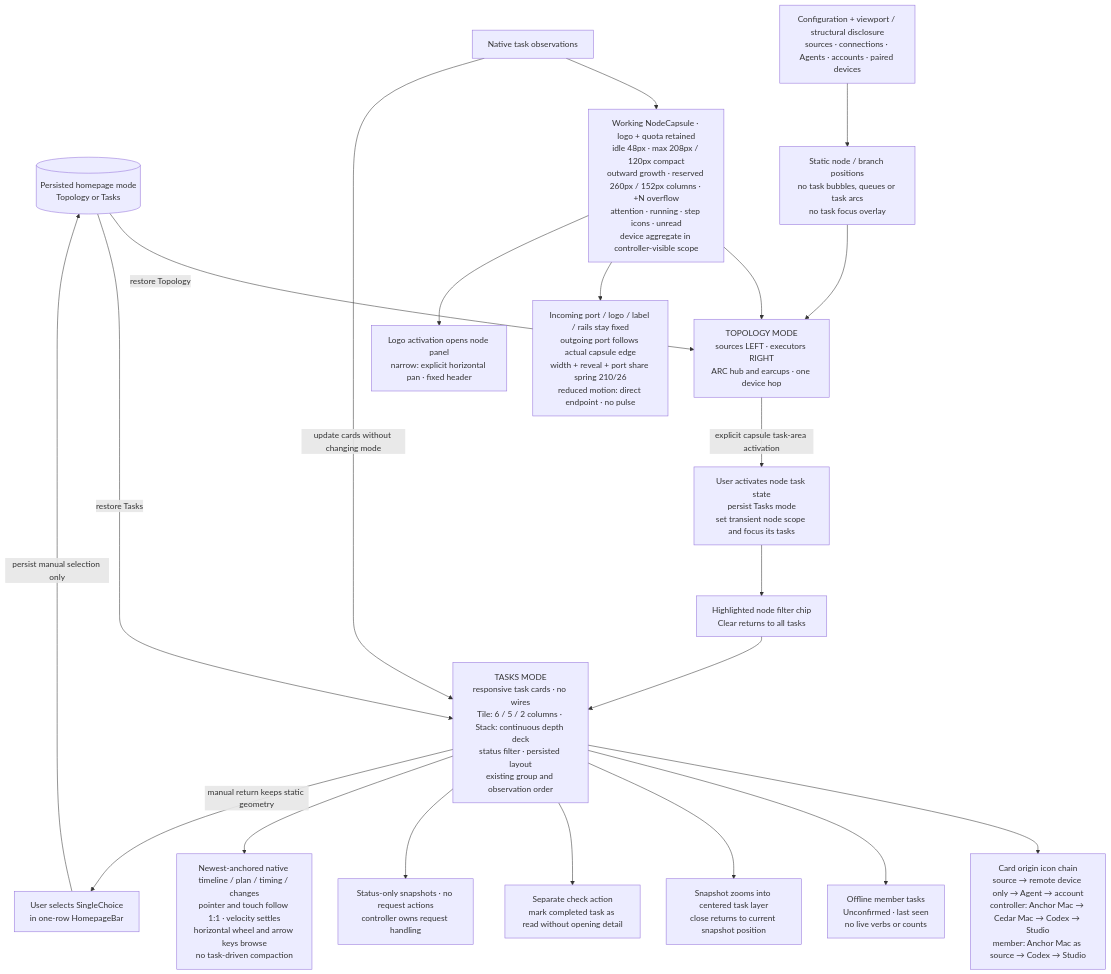
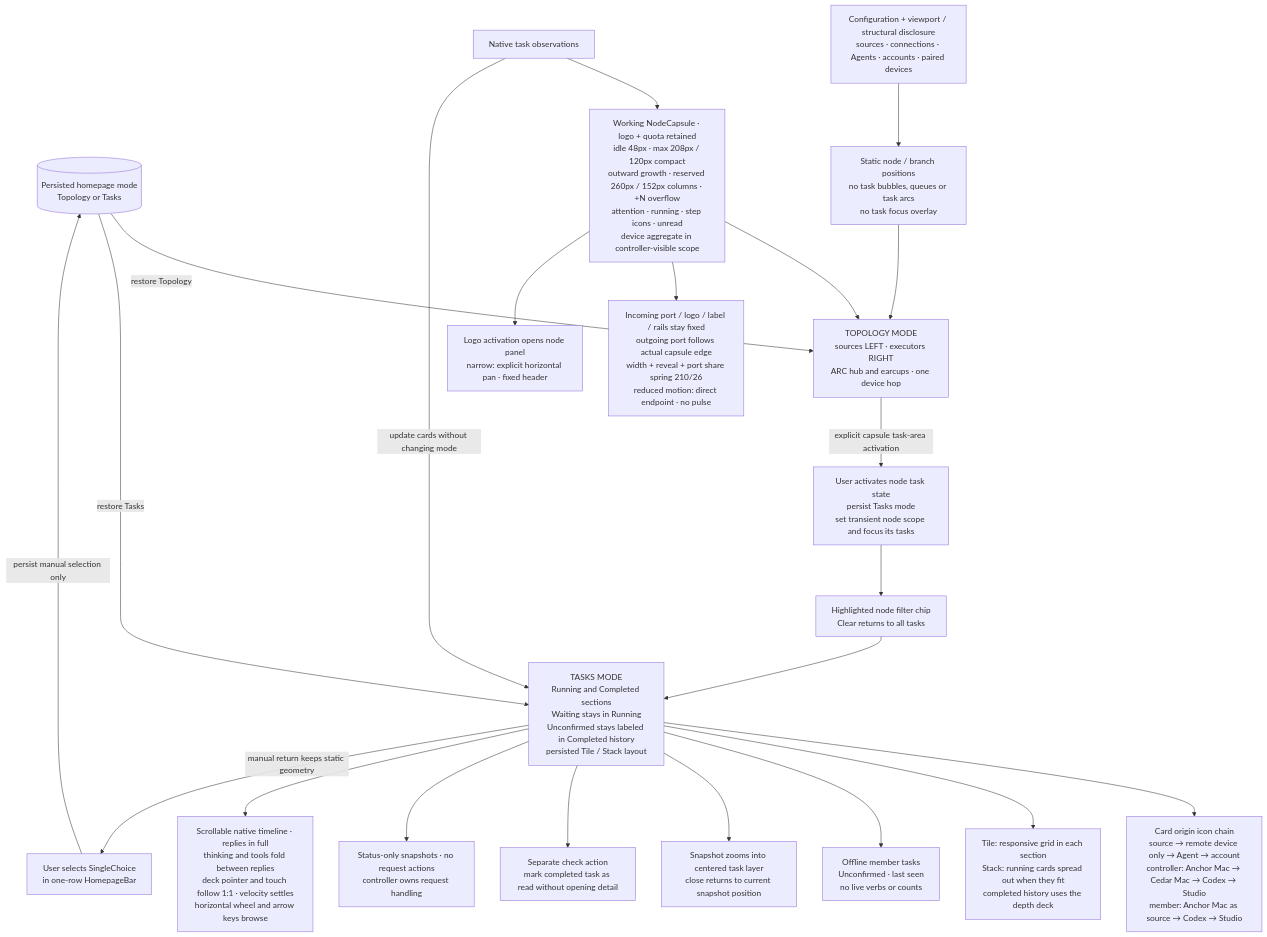
One commit to whzxc/agent-remote-control changed the diagram in arch/mechanisms/homepage-modes.mmd. Above: the diagram before and after it, drawn with Mermaid. The commit also changed 28 other files, not shown here.

Commit message:
fix(tasks): show native tool input and group task previews

```diff
--- a/arch/mechanisms/homepage-modes.mmd
+++ b/arch/mechanisms/homepage-modes.mmd
@@ -1,37 +1,39 @@
 %% Homepage modes (layer 2): static topology and task presentation are independent projections.
 %% Index and code mapping: docs/dev/arch-assets.md
 flowchart TB
   preference[("Persisted homepage mode<br/>Topology or Tasks")]
   switch["User selects SingleChoice<br/>in one-row HomepageBar"]
   topology["TOPOLOGY MODE<br/>sources LEFT · executors RIGHT<br/>ARC hub and earcups · one device hop"]
   config["Configuration + viewport / structural disclosure<br/>sources · connections · Agents · accounts · paired devices"]
   positions["Static node / branch positions<br/>no task bubbles, queues or task arcs<br/>no task focus overlay"]
   observations["Native task observations"]
   badges["Working NodeCapsule · logo + quota retained<br/>idle 48px · max 208px / 120px compact<br/>outward growth · reserved 260px / 152px columns · +N overflow<br/>attention · running · step icons · unread<br/>device aggregate in controller-visible scope"]
   ports["Incoming port / logo / label / rails stay fixed<br/>outgoing port follows actual capsule edge<br/>width + reveal + port share spring 210/26<br/>reduced motion: direct endpoint · no pulse"]
   panel["Logo activation opens node panel<br/>narrow: explicit horizontal pan · fixed header"]
   jump["User activates node task state<br/>persist Tasks mode<br/>set transient node scope and focus its tasks"]
-  tasks["TASKS MODE<br/>responsive task cards · no wires<br/>Tile: 6 / 5 / 2 columns · Stack: continuous depth deck<br/>status filter · persisted layout<br/>existing group and observation order"]
+  tasks["TASKS MODE<br/>Running and Completed sections<br/>Waiting stays in Running<br/>Unconfirmed stays labeled in Completed history<br/>persisted Tile / Stack layout"]
+  layout["Tile: responsive grid in each section<br/>Stack: running cards spread out when they fit<br/>completed history uses the depth deck"]
   chain["Card origin icon chain<br/>source → remote device only → Agent → account<br/>controller: Anchor Mac → Cedar Mac → Codex → Studio<br/>member: Anchor Mac as source → Codex → Studio"]
   offline["Offline member tasks<br/>Unconfirmed · last seen<br/>no live verbs or counts"]
   filter["Highlighted node filter chip<br/>Clear returns to all tasks"]
   details["Snapshot zooms into centered task layer<br/>close returns to current snapshot position"]
   read["Separate check action<br/>mark completed task as read without opening detail"]
   order["Status-only snapshots · no request actions<br/>controller owns request handling"]
-  overflow["Newest-anchored native timeline / plan / timing / changes<br/>pointer and touch follow 1:1 · velocity settles<br/>horizontal wheel and arrow keys browse<br/>no task-driven compaction"]
+  overflow["Scrollable native timeline · replies in full<br/>thinking and tools fold between replies<br/>deck pointer and touch follow 1:1 · velocity settles<br/>horizontal wheel and arrow keys browse"]
   switch -->|"persist manual selection only"| preference
   preference -->|"restore Topology"| topology
   preference -->|"restore Tasks"| tasks
   config --> positions --> topology
   observations --> badges --> topology
   badges --> ports
   badges --> panel
   observations -->|"update cards without changing mode"| tasks
   topology -->|"explicit capsule task-area activation"| jump --> filter --> tasks
   tasks --> chain
+  tasks --> layout
   tasks --> offline
   tasks --> details
   tasks --> read
   tasks --> order
   tasks --> overflow
   tasks -->|"manual return keeps static geometry"| switch
```
